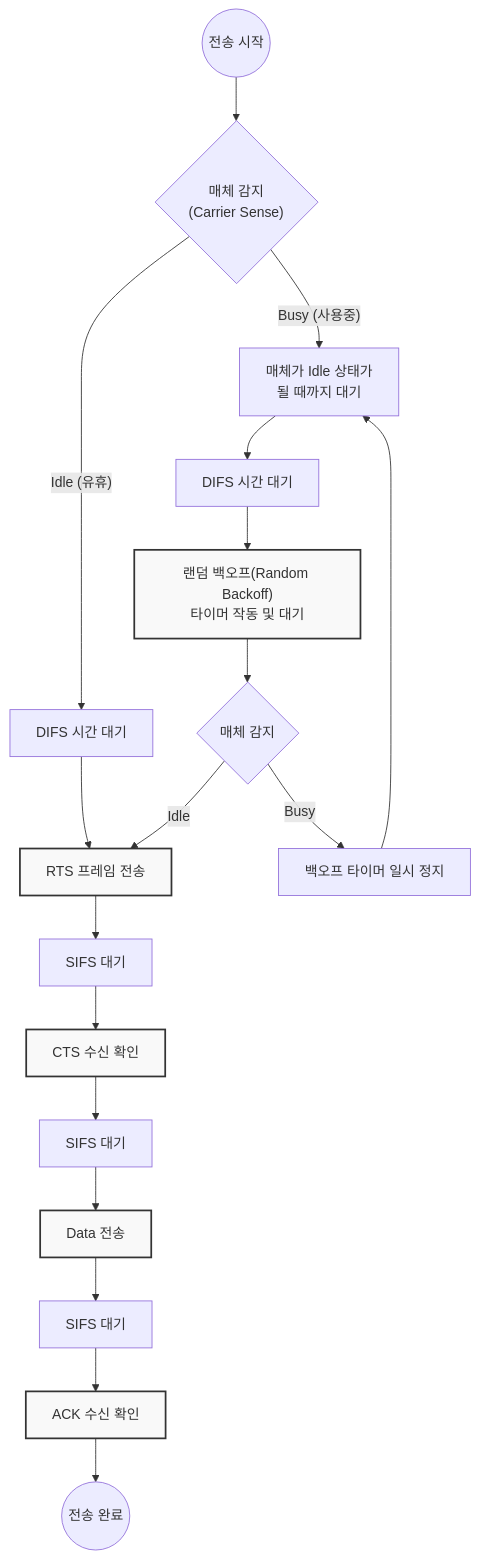
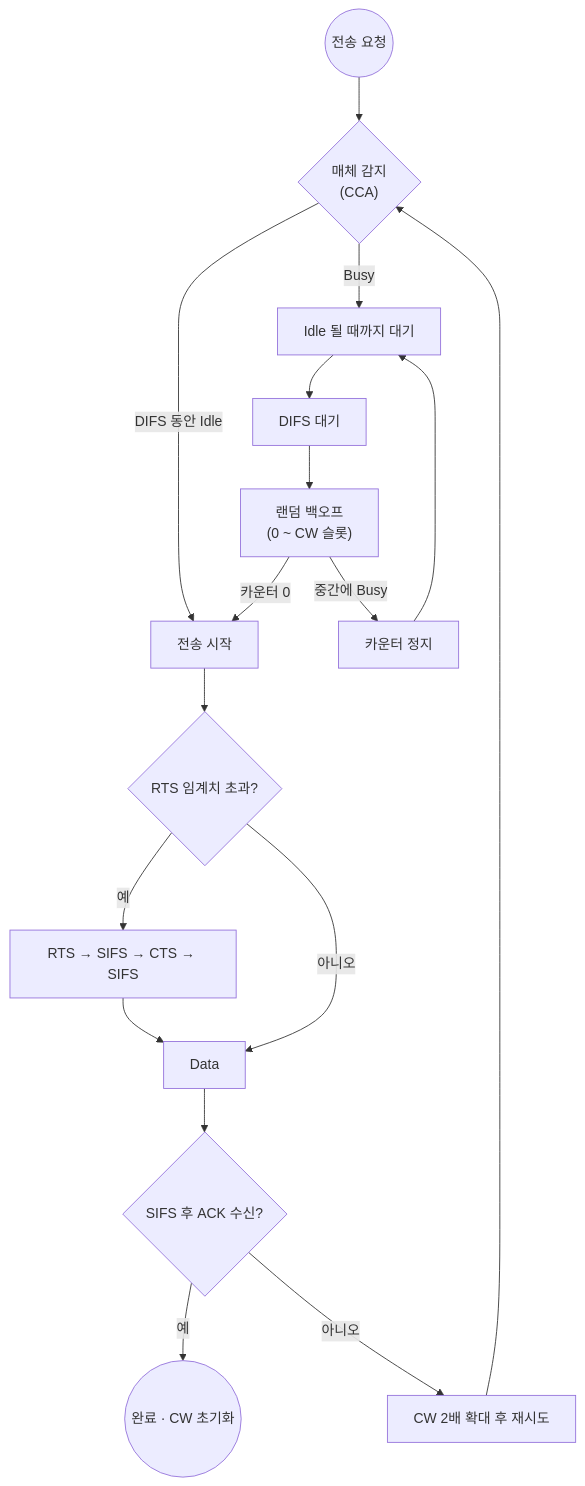
The diagram in content/01_IT Tech/CSMA CA.md (supremethumb/supremethumb.github.io), drawn with Mermaid before and after one commit. The commit also changed other lines of this file and 1087 other files, not shown here.

````diff
--- a/content/01_IT Tech/CSMA CA.md
+++ b/content/01_IT Tech/CSMA CA.md
@@ -31,29 +36,14 @@
 ```mermaid
 flowchart TD
-    Start((전송 시작)) --> CS{"매체 감지<br/>(Carrier Sense)"}
-    
-    CS -- "Idle (유휴)" --> DIFS1["DIFS 시간 대기"]
-    DIFS1 --> TxRTS["RTS 프레임 전송"]
-    
-    CS -- "Busy (사용중)" --> WaitIdle["매체가 Idle 상태가<br/>될 때까지 대기"]
-    WaitIdle --> DIFS2["DIFS 시간 대기"]
-    DIFS2 --> Backoff["랜덤 백오프(Random Backoff)<br/>타이머 작동 및 대기"]
-    
-    Backoff --> CS2{"매체 감지"}
-    CS2 -- "Busy" --> BackoffPause["백오프 타이머 일시 정지"] --> WaitIdle
-    CS2 -- "Idle" --> TxRTS
-    
-    TxRTS --> WaitSIFS1["SIFS 대기"]
-    WaitSIFS1 --> RxCTS["CTS 수신 확인"]
-    
-    RxCTS --> WaitSIFS2["SIFS 대기"]
-    WaitSIFS2 --> TxData["Data 전송"]
-    
-    TxData --> WaitSIFS3["SIFS 대기"]
-    WaitSIFS3 --> RxACK["ACK 수신 확인"]
-    RxACK --> End((전송 완료))
-    
-    classDef major fill:#f9f9f9,stroke:#333,stroke-width:2px;
-    class Backoff,TxRTS,RxCTS,TxData,RxACK major;
-
+    S(("전송 요청")) --> CS{"매체 감지<br/>(CCA)"}
+    CS -- "DIFS 동안 Idle" --> TX["전송 시작"]
+    CS -- "Busy" --> W["Idle 될 때까지 대기"] --> D["DIFS 대기"] --> BO["랜덤 백오프<br/>(0 ~ CW 슬롯)"]
+    BO -- "중간에 Busy" --> P["카운터 정지"] --> W
+    BO -- "카운터 0" --> TX
+    TX --> R{"RTS 임계치 초과?"}
+    R -- "예" --> RTS["RTS → SIFS → CTS → SIFS"] --> DATA["Data"]
+    R -- "아니오" --> DATA
+    DATA --> ACK{"SIFS 후 ACK 수신?"}
+    ACK -- "예" --> OK(("완료 · CW 초기화"))
+    ACK -- "아니오" --> CW["CW 2배 확대 후 재시도"] --> CS
 ```
````
